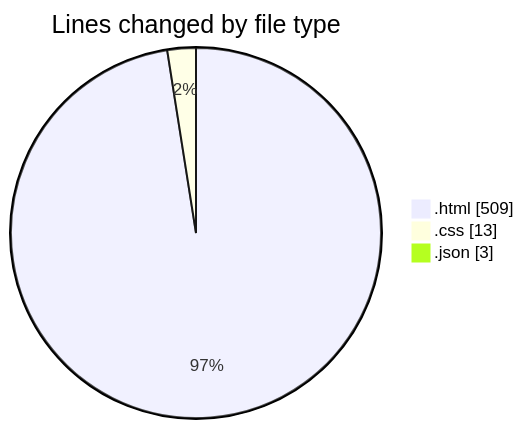
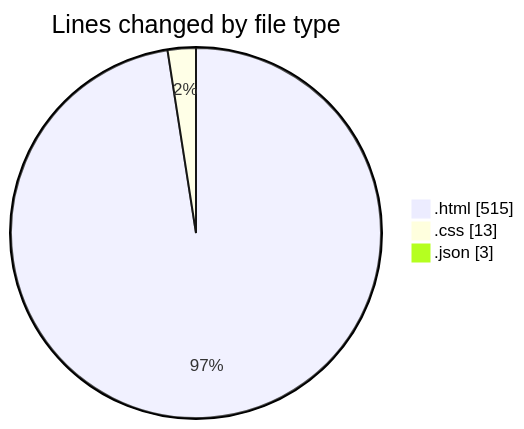
One commit to hasnaa123/code-tracking changed the first of 2 diagrams in 2025-12-11/technologie_web/README.md. Above: the diagram before and after it, drawn with Mermaid. The commit also changed other lines of this file and 1 other file, not shown here.

````diff
--- a/2025-12-11/technologie_web/README.md
+++ b/2025-12-11/technologie_web/README.md
@@ -23,7 +23,7 @@
 ```mermaid
 pie showData
 title Lines changed by file type
-".html" : 509
+".html" : 515
 ".css" : 13
 ".json" : 3
 ```
````
